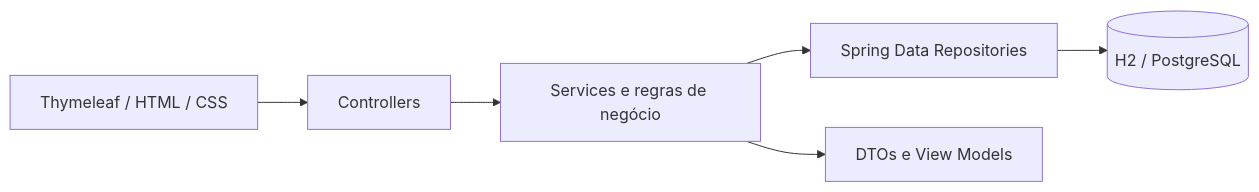
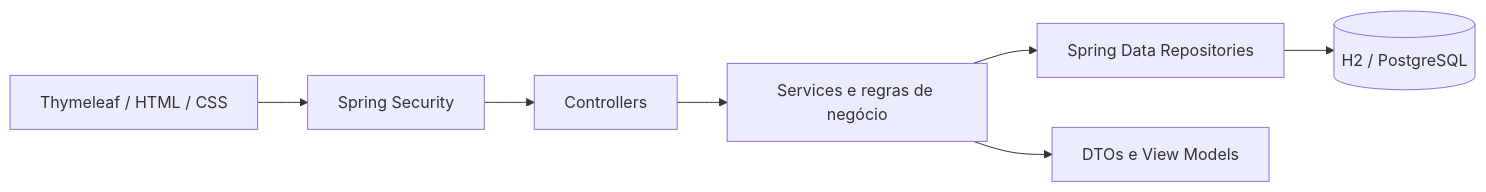
One commit to Lucas-Bonatto/fleetmanager changed the diagram in README.md. Above: the diagram before and after it, drawn with Mermaid. The commit also changed other lines of this file, not shown here.

````diff
--- a/README.md
+++ b/README.md
@@ -32,8 +88,9 @@
 ```mermaid
 flowchart LR
-    UI[Thymeleaf / HTML / CSS] --> C[Controllers]
+    UI[Thymeleaf / HTML / CSS] --> SEC[Spring Security]
+    SEC --> C[Controllers]
     C --> S[Services e regras de negócio]
     S --> R[Spring Data Repositories]
     R --> DB[(H2 / PostgreSQL)]
     S --> DTO[DTOs e View Models]
 ```
````
